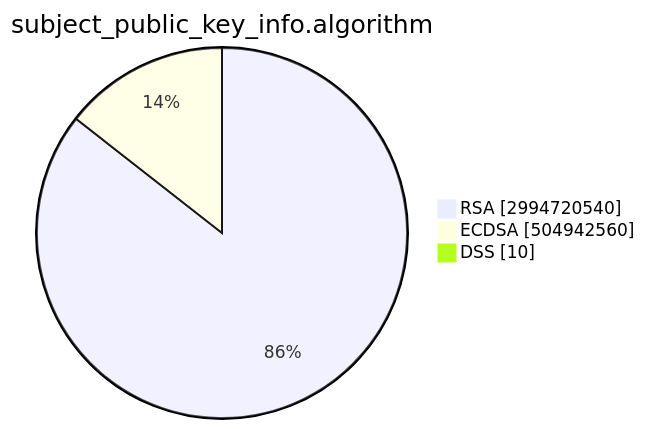
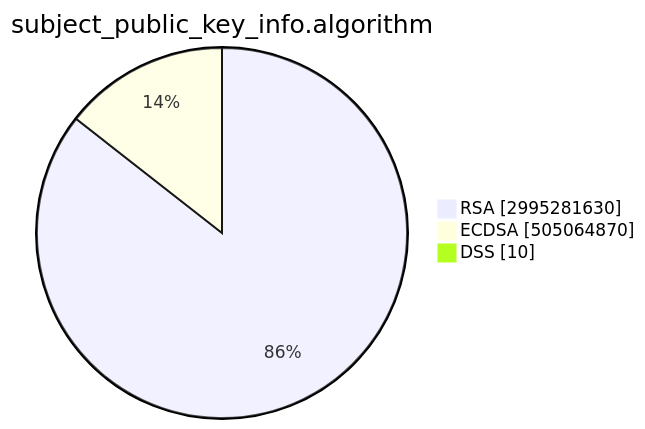
One commit to christiankrug/ctmonitor_visualization changed the second of 15 diagrams in TOTAL/README.md. Above: the diagram before and after it, drawn with Mermaid. The commit also changed other lines of this file, not shown here.

````diff
--- a/TOTAL/README.md
+++ b/TOTAL/README.md
@@ -6,7 +6,7 @@
 ```mermaid
 pie showData
 title subject_public_key_info.algorithm
-"RSA" :2994720540
-"ECDSA" :504942560
+"RSA" :2995281630
+"ECDSA" :505064870
 "DSS" :10
 ```
````
